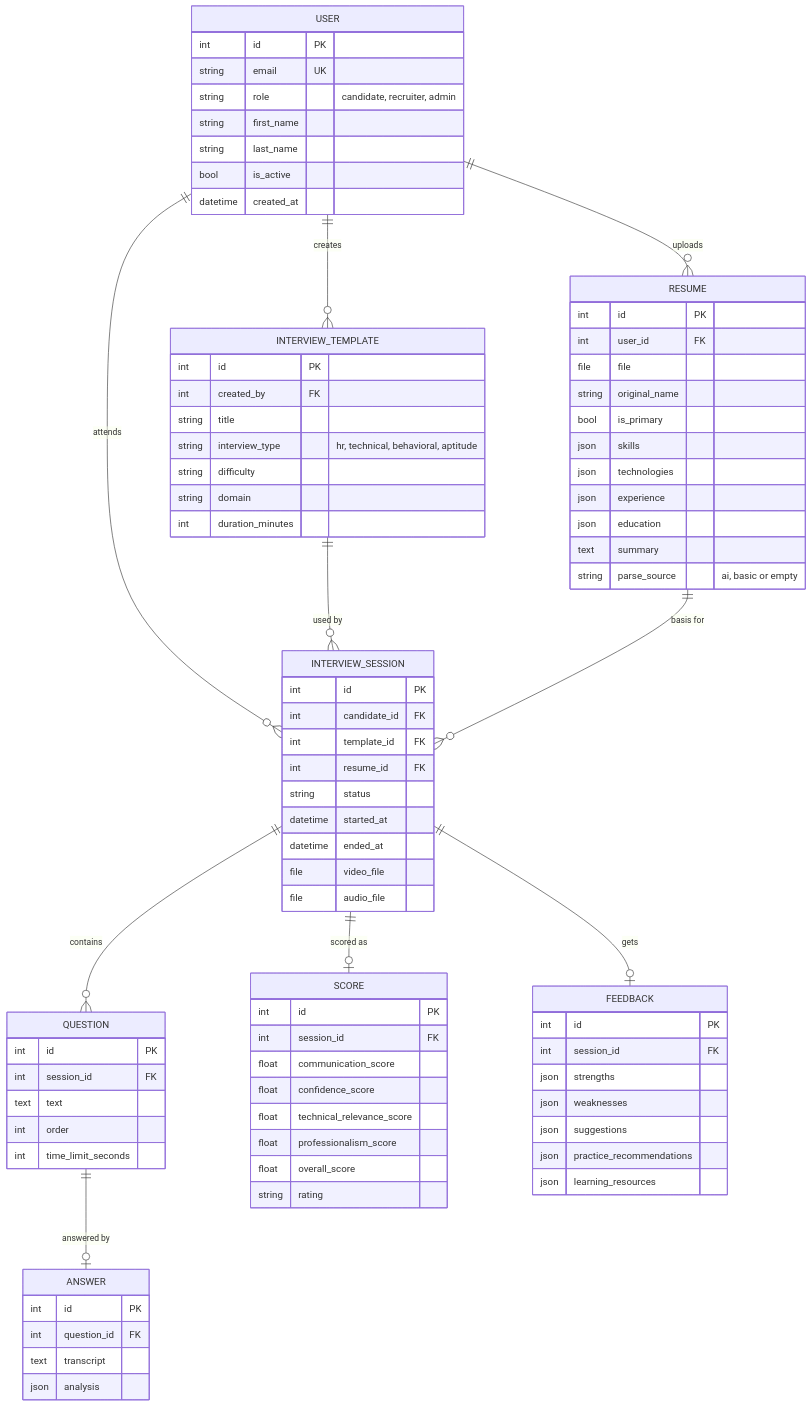
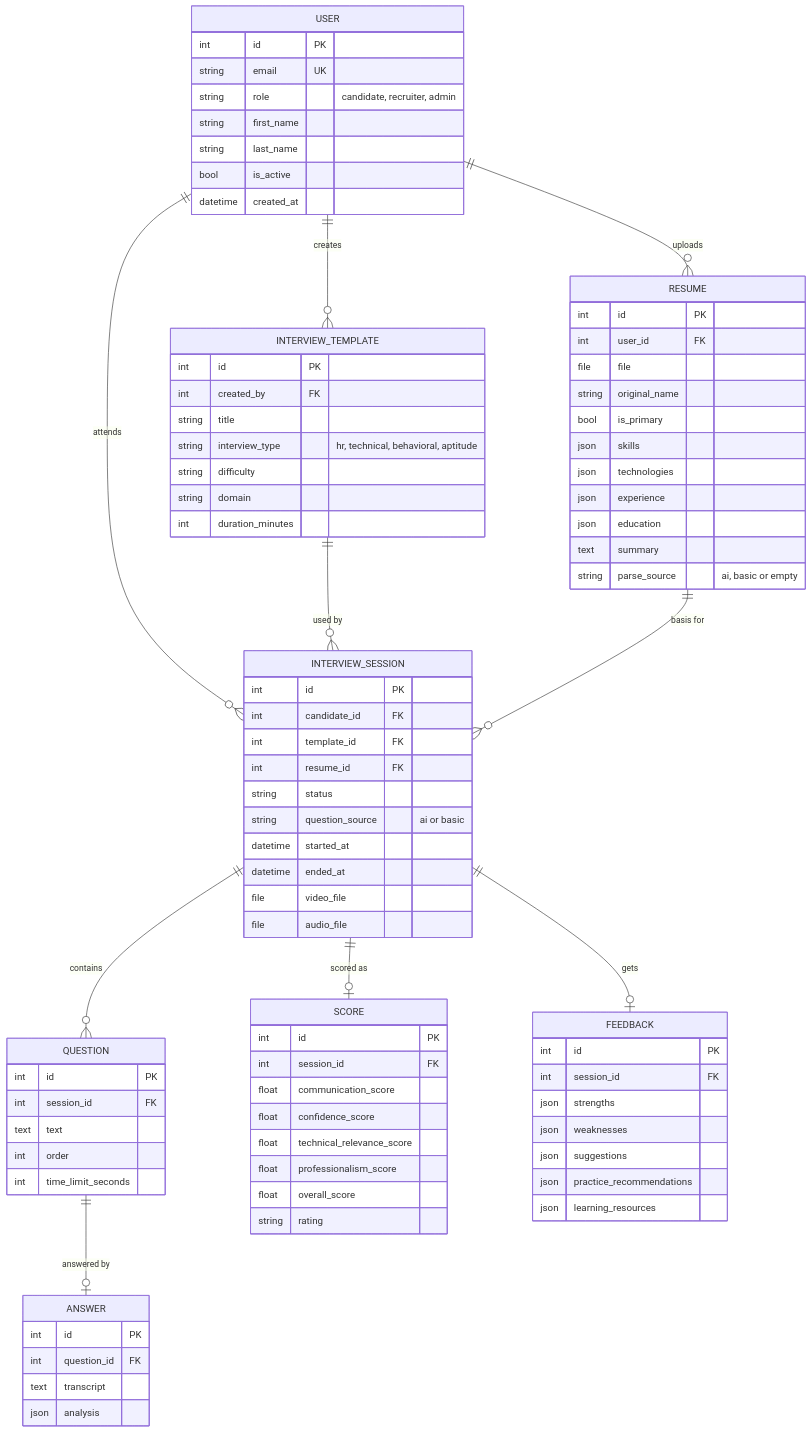
The diagram in docs/database-schema.md (springboardmentor873-a11y/AI-Driven-Interview-Intelligence-Platform-for-Communication-and-Candidate-Skill-Evaluation), drawn with Mermaid before and after one commit. The commit also changed 7 other files, not shown here.

```diff
--- a/docs/database-schema.md
+++ b/docs/database-schema.md
@@ -51,6 +51,7 @@
         int template_id FK
         int resume_id FK
         string status
+        string question_source "ai or basic"
         datetime started_at
         datetime ended_at
         file video_file
```
